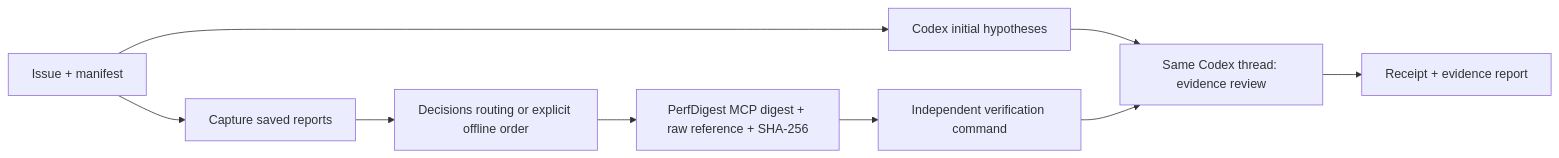
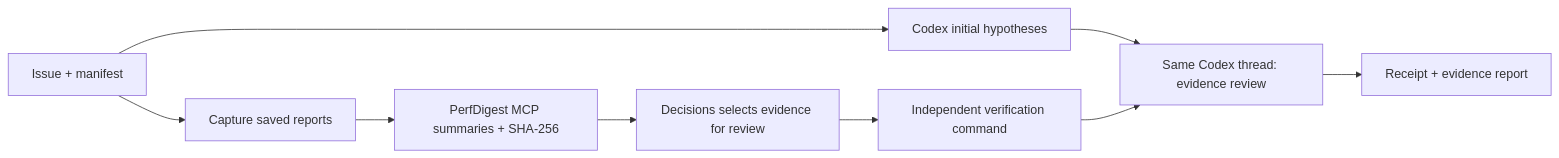
The diagram in README.md (onlyxItachi/perfdigest-plugin), drawn with Mermaid before and after one commit. The commit also changed other lines of this file and 13 other files, not shown here.

Commit message:
Validate measured Decisions routing and isolate authentication failures

````diff
--- a/README.md
+++ b/README.md
@@ -37,11 +37,11 @@
 ```mermaid
 flowchart LR
     Q[Issue + manifest] --> W[Capture saved reports]
     Q --> C[Codex initial hypotheses]
-    W --> D[Decisions routing or explicit offline order]
-    D --> P[PerfDigest MCP digest + raw reference + SHA-256]
-    P --> V[Independent verification command]
+    W --> P[PerfDigest MCP summaries + SHA-256]
+    P --> D[Decisions selects evidence for review]
+    D --> V[Independent verification command]
     C --> R[Same Codex thread: evidence review]
     V --> R
     R --> O[Receipt + evidence report]
 ```
````
